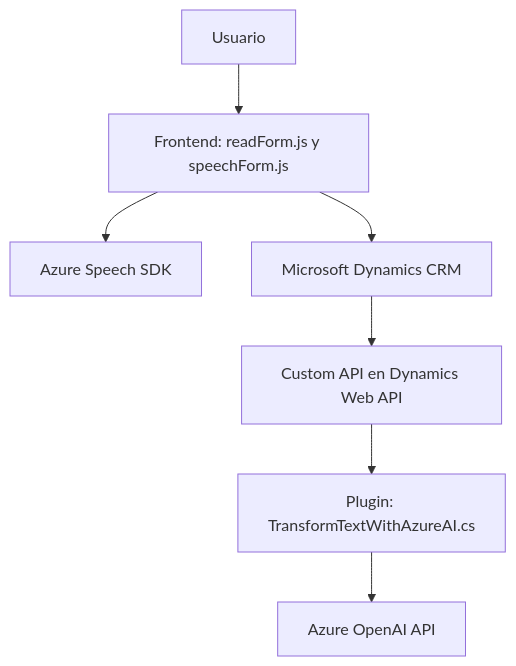
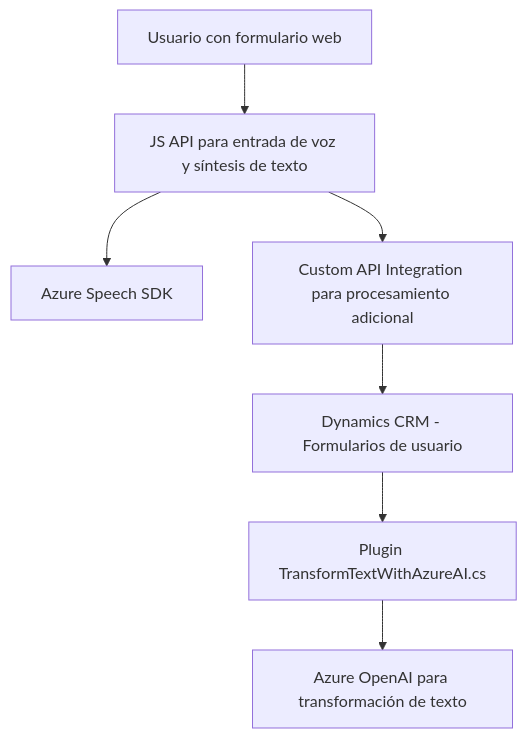
One commit to blopezdm/NETCORE_BILBAO2025 changed the diagram in README.md. Above: the diagram before and after it, drawn with Mermaid. The commit also changed other lines of this file, not shown here.

Commit message:
Actualizar análisis global de la solución con IA

````diff
--- a/README.md
+++ b/README.md
@@ -37,17 +44,17 @@
 ```mermaid
 graph TD
-  A["Usuario"]
-  B["Frontend: readForm.js y speechForm.js"]
-  C["Azure Speech SDK"]
-  D["Microsoft Dynamics CRM"]
-  E["Custom API en Dynamics Web API"]
-  F["Plugin: TransformTextWithAzureAI.cs"]
-  G["Azure OpenAI API"]
+    A["Usuario con formulario web"]
+    B["JS API para entrada de voz y síntesis de texto"]
+    C["Azure Speech SDK"]
+    D["Custom API Integration para procesamiento adicional"]
+    E["Dynamics CRM - Formularios de usuario"]
+    F["Plugin TransformTextWithAzureAI.cs"]
+    G["Azure OpenAI para transformación de texto"]
 
-  A --> B
-  B --> C
-  B --> D
-  D --> E
-  E --> F
-  F --> G
+    A --> B
+    B --> C
+    B --> D
+    D --> E
+    E --> F
+    F --> G
 ```
````
